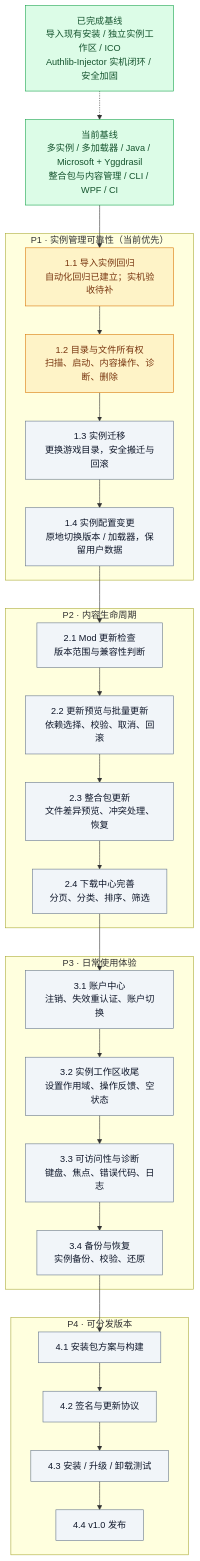
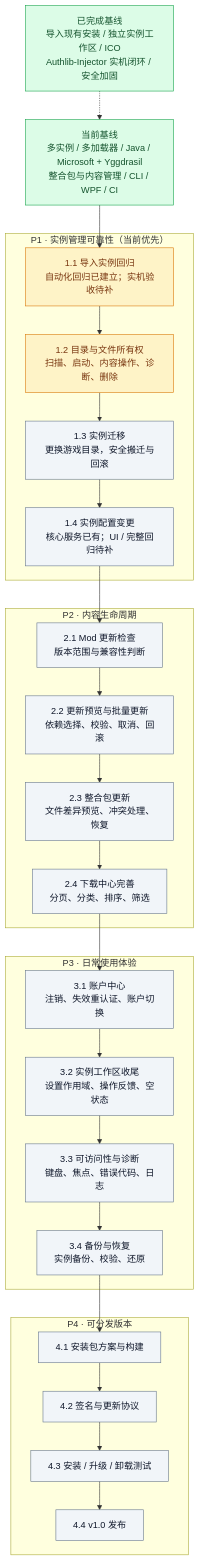
One commit to hellokug2699/Ender-Craft-Launcher changed the diagram in docs/roadmap.md. Above: the diagram before and after it, drawn with Mermaid. The commit also changed other lines of this file, not shown here.

````diff
--- a/docs/roadmap.md
+++ b/docs/roadmap.md
@@ -9,42 +9,42 @@
 ```mermaid
 flowchart TD
     A["当前基线<br/>多实例 / 多加载器 / Java / Microsoft + Yggdrasil<br/>整合包与内容管理 / CLI / WPF / CI"] --> B
 
     subgraph P1["P1 · 实例管理可靠性（当前优先）"]
       B["1.1 导入实例回归<br/>自动化回归已建立；实机验收待补"] --> C["1.2 目录与文件所有权<br/>扫描、启动、内容操作、诊断、删除"]
       C --> D["1.3 实例迁移<br/>更换游戏目录，安全搬迁与回滚"]
-      D --> E["1.4 实例配置变更<br/>原地切换版本 / 加载器，保留用户数据"]
+      D --> E["1.4 实例配置变更<br/>核心服务已有；UI / 完整回归待补"]
     end
 
     subgraph P2["P2 · 内容生命周期"]
       F["2.1 Mod 更新检查<br/>版本范围与兼容性判断"] --> G["2.2 更新预览与批量更新<br/>依赖选择、校验、取消、回滚"]
       G --> H["2.3 整合包更新<br/>文件差异预览、冲突处理、恢复"]
       H --> I["2.4 下载中心完善<br/>分页、分类、排序、筛选"]
     end
 
     subgraph P3["P3 · 日常使用体验"]
       J["3.1 账户中心<br/>注销、失效重认证、账户切换"] --> K["3.2 实例工作区收尾<br/>设置作用域、操作反馈、空状态"]
       K --> L["3.3 可访问性与诊断<br/>键盘、焦点、错误代码、日志"]
       L --> M["3.4 备份与恢复<br/>实例备份、校验、还原"]
     end
 
     subgraph P4["P4 · 可分发版本"]
       N["4.1 安装包方案与构建"] --> O["4.2 签名与更新协议"]
       O --> Q["4.3 安装 / 升级 / 卸载测试"]
       Q --> R["4.4 v1.0 发布"]
     end
 
     E --> F
     I --> J
     M --> N
 
     S["已完成基线<br/>导入现有安装 / 独立实例工作区 / ICO<br/>Authlib-Injector 实机闭环 / 安全加固"] -.-> A
 
     classDef done fill:#dcfce7,stroke:#16a34a,color:#14532d
     classDef active fill:#fef3c7,stroke:#d97706,color:#78350f
     classDef todo fill:#f1f5f9,stroke:#64748b,color:#0f172a
     class A,S done
     class B active
     class C active
     class D,E,F,G,H,I,J,K,L,M,N,O,Q,R todo
 ```
````
